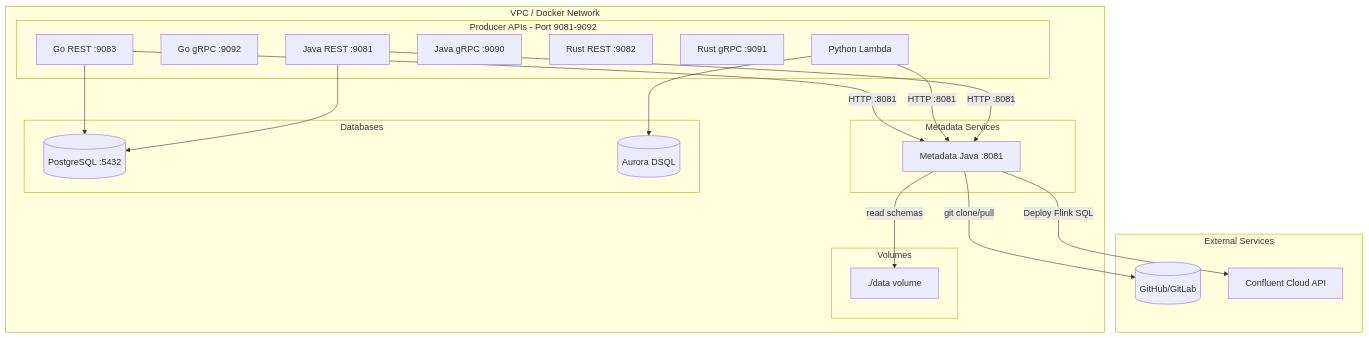
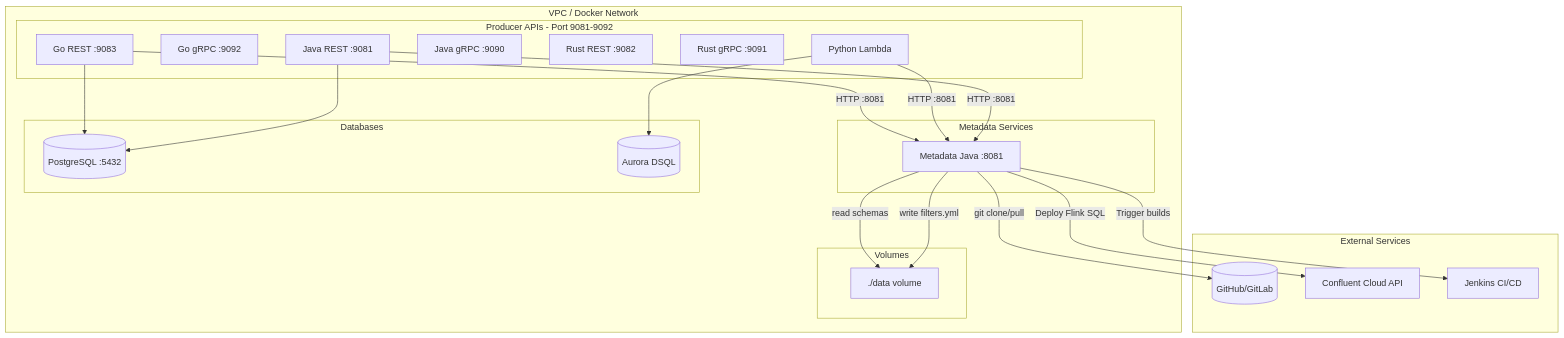
One commit to RickZee/api-performance-multi-lang changed the sixth of 12 diagrams in metadata-service-java/METADATA_SERVICE_DOCUMENTATION.md. Above: the diagram before and after it, drawn with Mermaid. The commit also changed other lines of this file and 19 other files, not shown here.

````diff
--- a/metadata-service-java/METADATA_SERVICE_DOCUMENTATION.md
+++ b/metadata-service-java/METADATA_SERVICE_DOCUMENTATION.md
@@ -202,45 +224,48 @@
 ```mermaid
 graph TB
     subgraph VPC [VPC / Docker Network]
         subgraph producers [Producer APIs - Port 9081-9092]
             GoREST[Go REST :9083]
             GoGRPC[Go gRPC :9092]
             JavaREST[Java REST :9081]
             JavaGRPC[Java gRPC :9090]
             RustREST[Rust REST :9082]
             RustGRPC[Rust gRPC :9091]
             PythonLambda[Python Lambda]
         end
 
         subgraph metadata [Metadata Services]
             MetaJava[Metadata Java :8081]
         end
 
         subgraph databases [Databases]
             Postgres[(PostgreSQL :5432)]
             AuroraDSQL[(Aurora DSQL)]
         end
 
         subgraph volumes [Volumes]
             DataVol[./data volume]
         end
     end
 
     subgraph external [External Services]
         GitHub[(GitHub/GitLab)]
         ConfluentAPI[Confluent Cloud API]
+        Jenkins[Jenkins CI/CD]
     end
 
     GoREST -->|HTTP :8081| MetaJava
     PythonLambda -->|HTTP :8081| MetaJava
     JavaREST -->|HTTP :8081| MetaJava
     
     MetaJava -->|git clone/pull| GitHub
     MetaJava -->|read schemas| DataVol
+    MetaJava -->|write filters.yml| DataVol
     
     MetaJava -->|Deploy Flink SQL| ConfluentAPI
+    MetaJava -->|Trigger builds| Jenkins
 
     GoREST --> Postgres
     JavaREST --> Postgres
     PythonLambda --> AuroraDSQL
 ```
````
